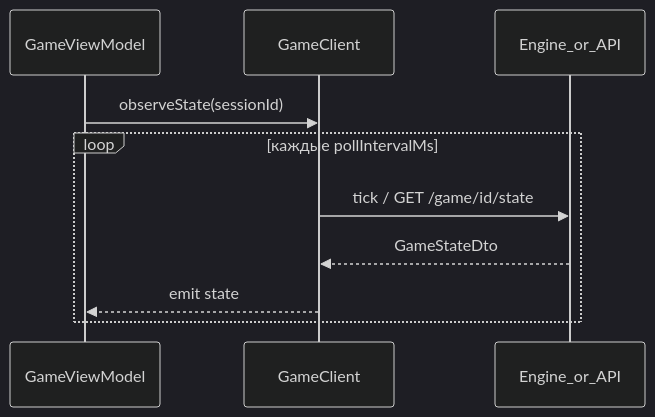
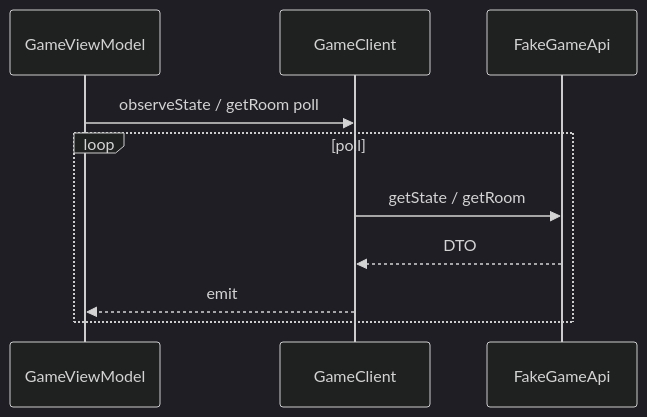
One commit to ivanbogomoloff/fool-card-game changed the first of 3 diagrams in docs/architecture/game-client.md. Above: the diagram before and after it, drawn with Mermaid (dark theme). The commit also changed other lines of this file and 14 other files, not shown here.

````diff
--- a/docs/architecture/game-client.md
+++ b/docs/architecture/game-client.md
@@ -43,13 +53,12 @@
 ```mermaid
 sequenceDiagram
     participant VM as GameViewModel
     participant GC as GameClient
-    participant BE as Engine_or_API
-
-    VM->>GC: observeState(sessionId)
-    loop каждые pollIntervalMs
-        GC->>BE: tick / GET /game/id/state
-        BE-->>GC: GameStateDto
-        GC-->>VM: emit state
+    participant Fake as FakeGameApi
+    VM->>GC: observeState / getRoom poll
+    loop poll
+        GC->>Fake: getState / getRoom
+        Fake-->>GC: DTO
+        GC-->>VM: emit
     end
 ```
````
